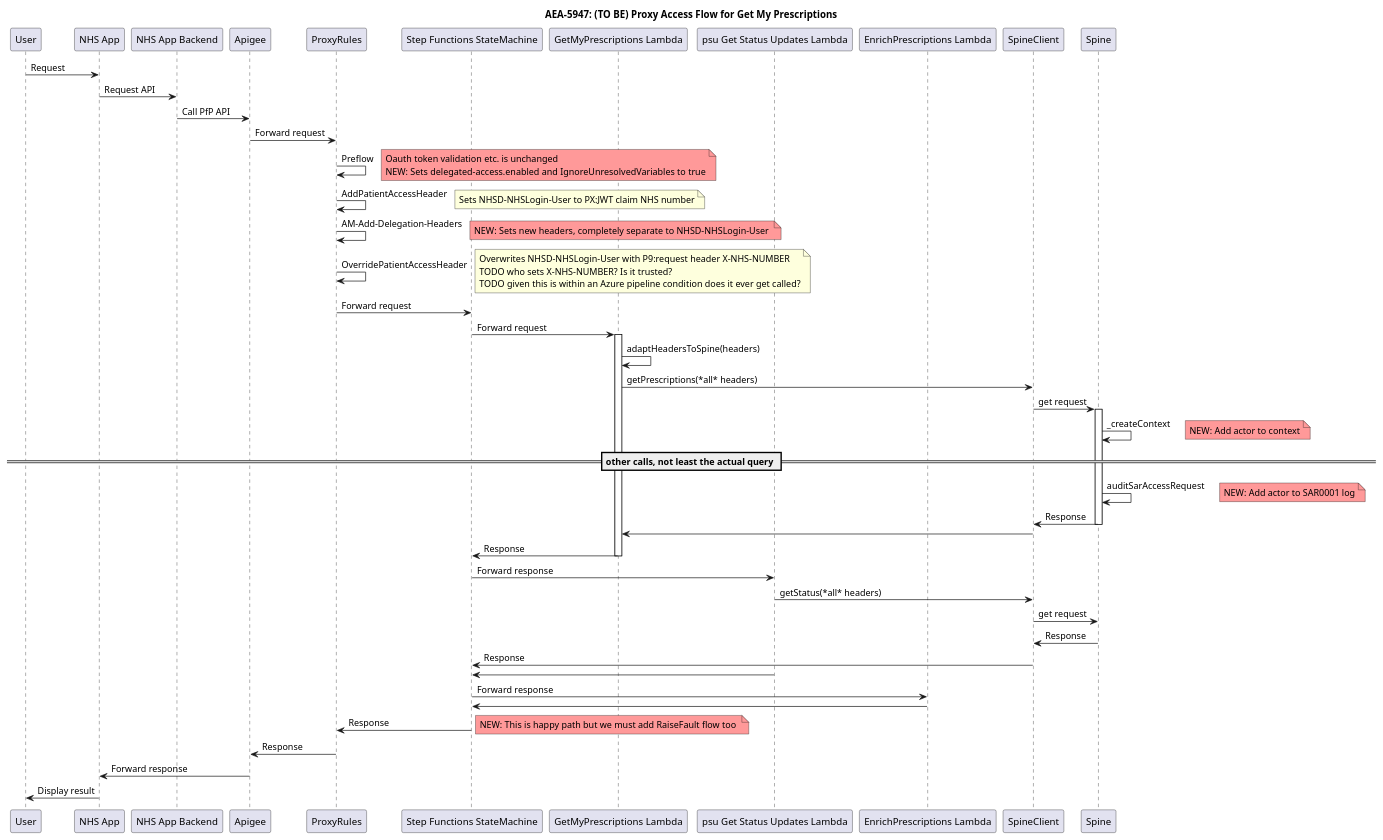
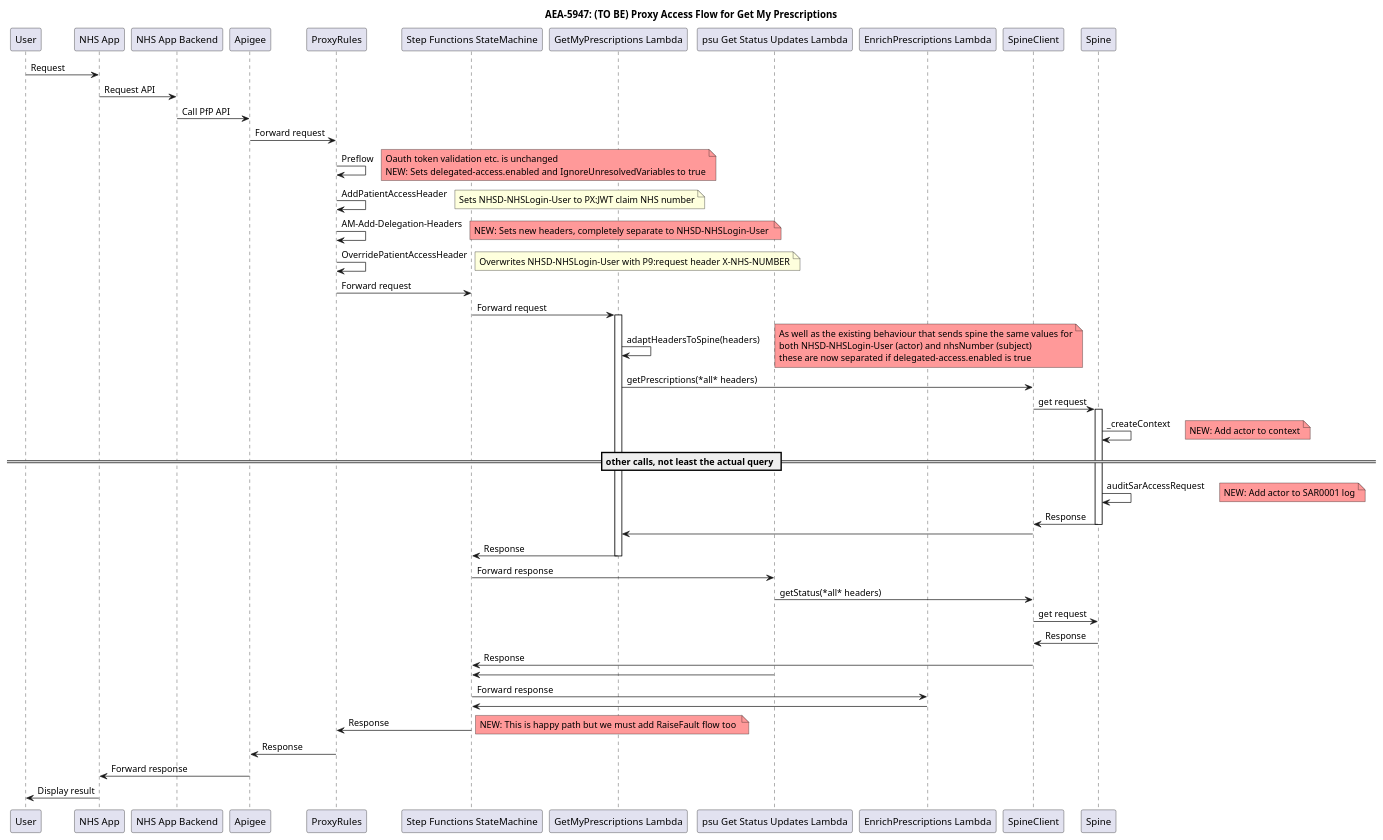
The diagram in docs/pfp-AEA-5947-proxy-access.puml (NHSDigital/prescriptionsforpatients), drawn with PlantUML before and after one commit.

Commit message:
docs: finalise puml

```diff
--- a/docs/pfp-AEA-5947-proxy-access.puml
+++ b/docs/pfp-AEA-5947-proxy-access.puml
@@ -1,75 +1,78 @@
 @startuml
 title: AEA-5947: (TO BE) Proxy Access Flow for Get My Prescriptions
 
 participant User
 participant "NHS App" as App
 participant "NHS App Backend" as AppBackend
 participant "Apigee" as Apigee
 participant "ProxyRules" as ProxyRules
 participant "Step Functions StateMachine" as StateMachine
 participant "GetMyPrescriptions Lambda" as GmpLambda
 participant "psu Get Status Updates Lambda" as GsuLambda
 participant "EnrichPrescriptions Lambda" as EpLambda
 participant SpineClient
 participant Spine
 
 User -> App: Request
 App -> AppBackend: Request API
 AppBackend -> Apigee: Call PfP API
 Apigee -> ProxyRules: Forward request
 ProxyRules -> ProxyRules: Preflow
 note right #FF9999
   Oauth token validation etc. is unchanged
   NEW: Sets delegated-access.enabled and IgnoreUnresolvedVariables to true
 end note
 ProxyRules -> ProxyRules: AddPatientAccessHeader
 note right
   Sets NHSD-NHSLogin-User to PX:JWT claim NHS number
 end note
 ProxyRules -> ProxyRules: AM-Add-Delegation-Headers
 note right #FF9999
   NEW: Sets new headers, completely separate to NHSD-NHSLogin-User 
 end note
 ProxyRules -> ProxyRules: OverridePatientAccessHeader
 note right
   Overwrites NHSD-NHSLogin-User with P9:request header X-NHS-NUMBER
-  TODO who sets X-NHS-NUMBER? Is it trusted?
-  TODO given this is within an Azure pipeline condition does it ever get called?
 end note
 ProxyRules -> StateMachine: Forward request
 StateMachine -> GmpLambda: Forward request
 activate GmpLambda
 GmpLambda -> GmpLambda: adaptHeadersToSpine(headers)
+note right #FF9999
+  As well as the existing behaviour that sends spine the same values for
+  both NHSD-NHSLogin-User (actor) and nhsNumber (subject)
+  these are now separated if delegated-access.enabled is true
+end note
 GmpLambda -> SpineClient: getPrescriptions(*all* headers)
 SpineClient -> Spine: get request
 activate Spine
 Spine -> Spine: _createContext
 note right #FF9999
   NEW: Add actor to context
 end note
 == other calls, not least the actual query ==
 Spine -> Spine: auditSarAccessRequest
 note right #FF9999
   NEW: Add actor to SAR0001 log
 end note
 Spine -> SpineClient: Response
 deactivate Spine
 SpineClient -> GmpLambda
 GmpLambda -> StateMachine: Response
 deactivate GmpLambda
 StateMachine -> GsuLambda: Forward response
 GsuLambda -> SpineClient: getStatus(*all* headers)
 SpineClient -> Spine: get request
 Spine -> SpineClient: Response
 SpineClient -> StateMachine: Response
 GsuLambda -> StateMachine: 
 StateMachine -> EpLambda: Forward response
 EpLambda -> StateMachine: 
 StateMachine -> ProxyRules: Response
 note right #FF9999
   NEW: This is happy path but we must add RaiseFault flow too 
 end note
 ProxyRules -> Apigee: Response
 Apigee -> App: Forward response
 App -> User: Display result
 @enduml
```
